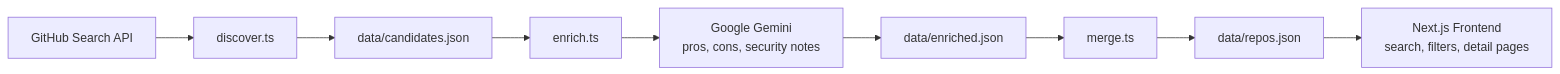
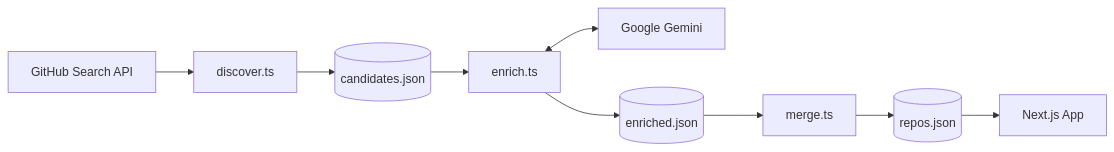
The first of 2 diagrams in README.md (apilP77/Claude-code-compass), drawn with Mermaid before and after one commit. The commit also changed other lines of this file and 4 other files, not shown here.

````diff
--- a/README.md
+++ b/README.md
@@ -23,11 +53,11 @@
 ```mermaid
 flowchart LR
-    GH[GitHub Search API] --> DISC[discover.ts]
-    DISC --> CAND[data/candidates.json]
-    CAND --> ENR[enrich.ts]
-    ENR --> GEM[Google Gemini<br/>pros, cons, security notes]
-    GEM --> ENRICHED[data/enriched.json]
-    ENRICHED --> MERGE[merge.ts]
-    MERGE --> REPOS[data/repos.json]
-    REPOS --> NEXT[Next.js Frontend<br/>search, filters, detail pages]
+    GH[GitHub Search API] --> D[discover.ts]
+    D --> C[(candidates.json)]
+    C --> E[enrich.ts]
+    E <--> G[Google Gemini]
+    E --> N[(enriched.json)]
+    N --> M[merge.ts]
+    M --> R[(repos.json)]
+    R --> UI[Next.js App]
 ```
````
